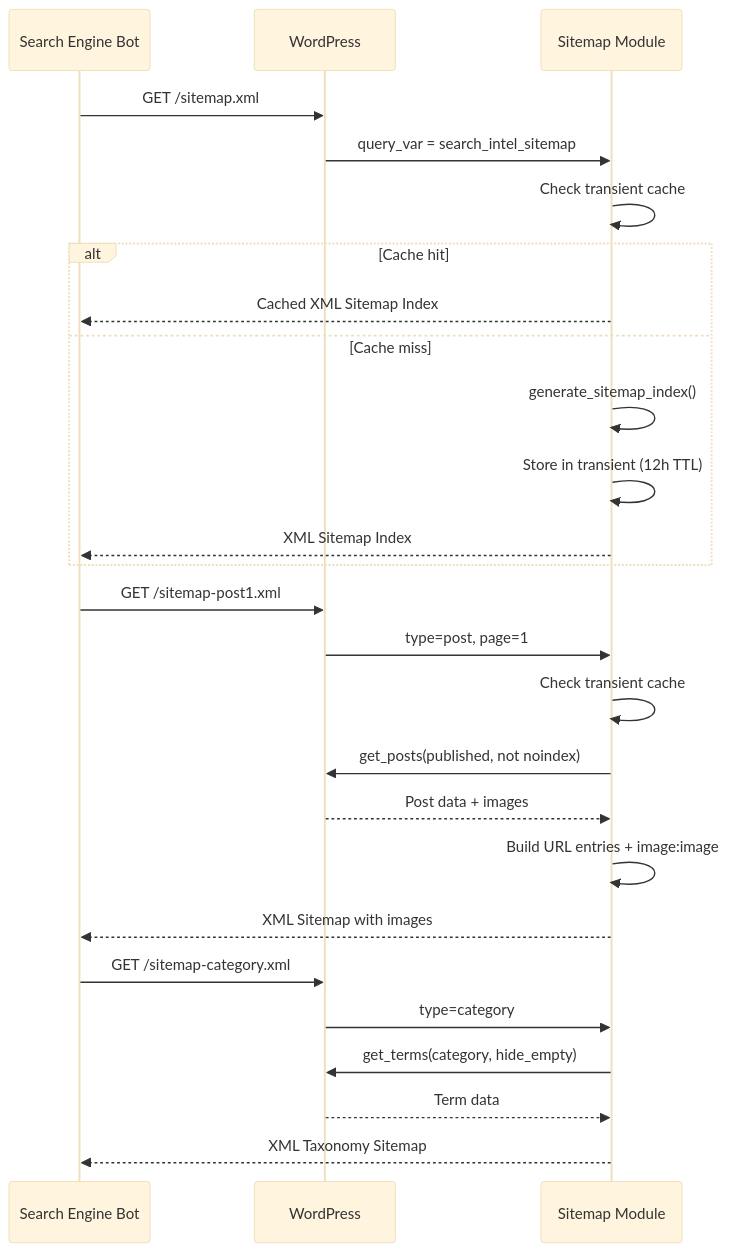
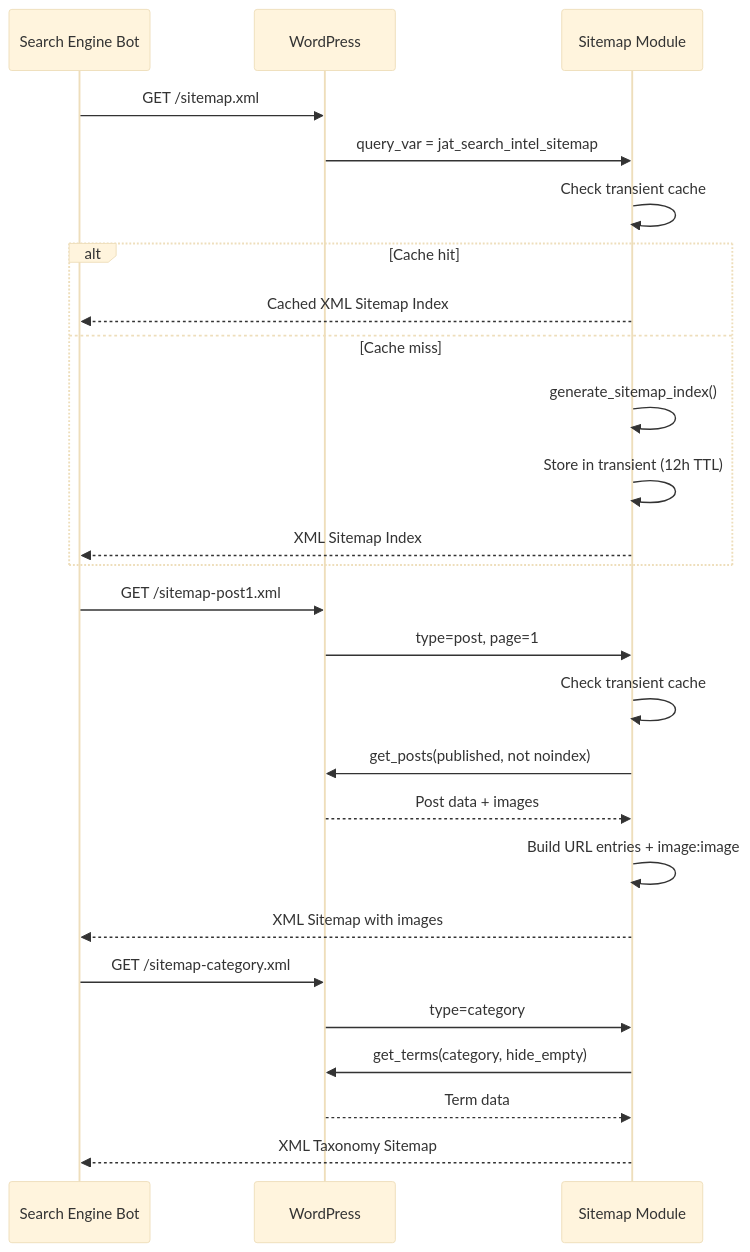
The sixth of 14 diagrams in README.md (CptNope/JAT-Search-Intel), drawn with Mermaid (base theme) before and after one commit. The commit also changed other lines of this file and 159 other files, not shown here.

First line of the commit message:
Rename every identifier to jat-search-intel / jat_search_intel / JAT_Search_Intel

````diff
--- a/README.md
+++ b/README.md
@@ -712,31 +712,31 @@
 ```mermaid
 sequenceDiagram
     participant Bot as Search Engine Bot
     participant WP as WordPress
     participant SM as Sitemap Module
 
     Bot->>WP: GET /sitemap.xml
-    WP->>SM: query_var = search_intel_sitemap
+    WP->>SM: query_var = jat_search_intel_sitemap
     SM->>SM: Check transient cache
     alt Cache hit
         SM-->>Bot: Cached XML Sitemap Index
     else Cache miss
         SM->>SM: generate_sitemap_index()
         SM->>SM: Store in transient (12h TTL)
         SM-->>Bot: XML Sitemap Index
     end
 
     Bot->>WP: GET /sitemap-post1.xml
     WP->>SM: type=post, page=1
     SM->>SM: Check transient cache
     SM->>WP: get_posts(published, not noindex)
     WP-->>SM: Post data + images
     SM->>SM: Build URL entries + image:image
     SM-->>Bot: XML Sitemap with images
 
     Bot->>WP: GET /sitemap-category.xml
     WP->>SM: type=category
     SM->>WP: get_terms(category, hide_empty)
     WP-->>SM: Term data
     SM-->>Bot: XML Taxonomy Sitemap
 ```
````
